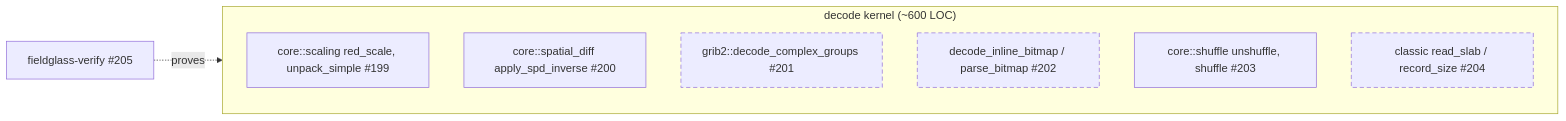
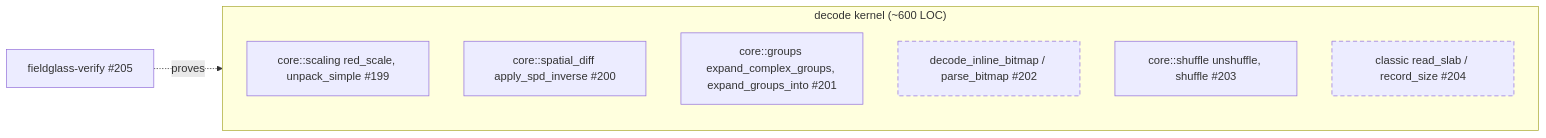
Before and after one commit to D0ubleD0uble/fieldglass: the sixth of 6 diagrams in docs/architecture/planned/02-trait-seams.md, drawn with Mermaid. The commit also changed other lines of this file and 2 other files, not shown here.

````diff
--- a/docs/architecture/planned/02-trait-seams.md
+++ b/docs/architecture/planned/02-trait-seams.md
@@ -398,14 +398,14 @@
 ```mermaid
 flowchart LR
     subgraph kernel["decode kernel (~600 LOC)"]
         t1a["core::scaling red_scale, unpack_simple #199"]
         t1b["core::spatial_diff apply_spd_inverse #200"]
-        t1c["grib2::decode_complex_groups #201"]
+        t1c["core::groups expand_complex_groups, expand_groups_into #201"]
         t2a["decode_inline_bitmap / parse_bitmap #202"]
         t2b["core::shuffle unshuffle, shuffle #203"]
         t3["classic read_slab / record_size #204"]
     end
     verify["fieldglass-verify #205"] -. proves .-> kernel
     classDef planned stroke-dasharray: 6 4
-    class t1c,t2a,t3 planned
+    class t2a,t3 planned
 ```
````
